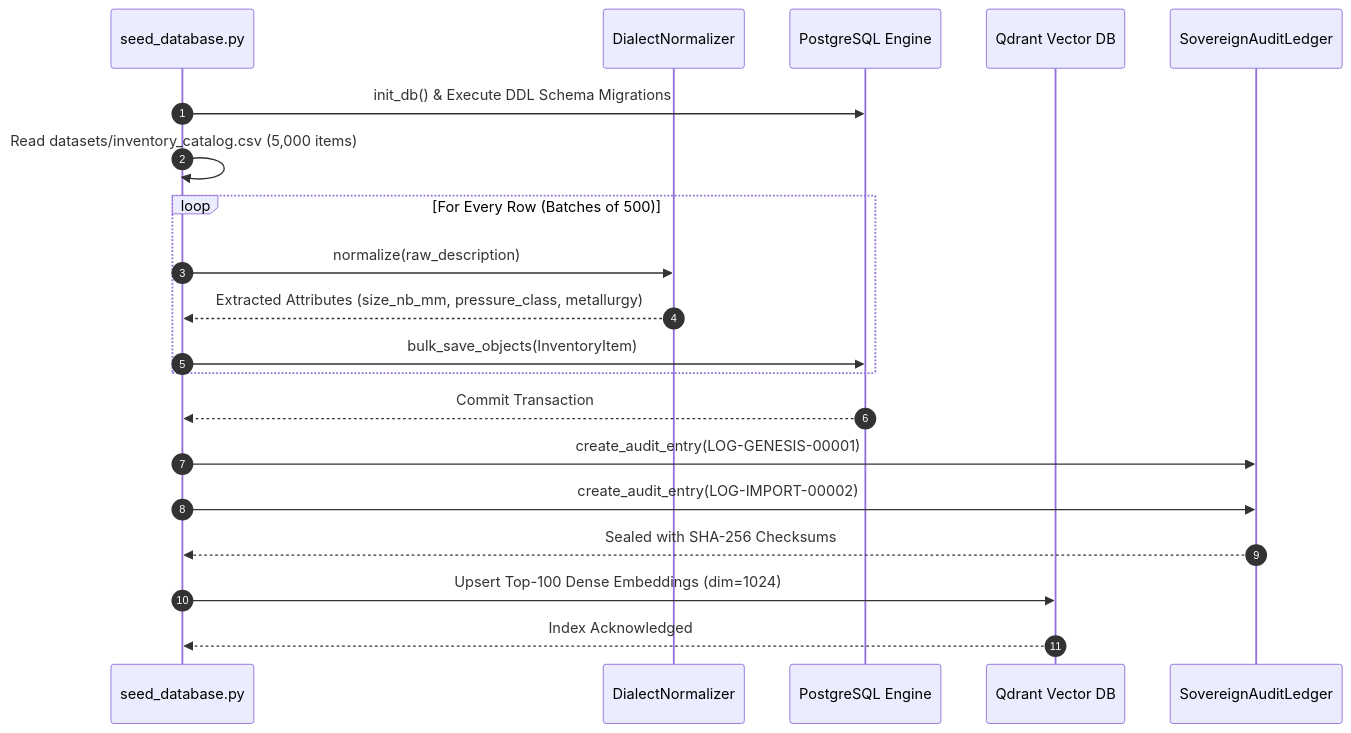
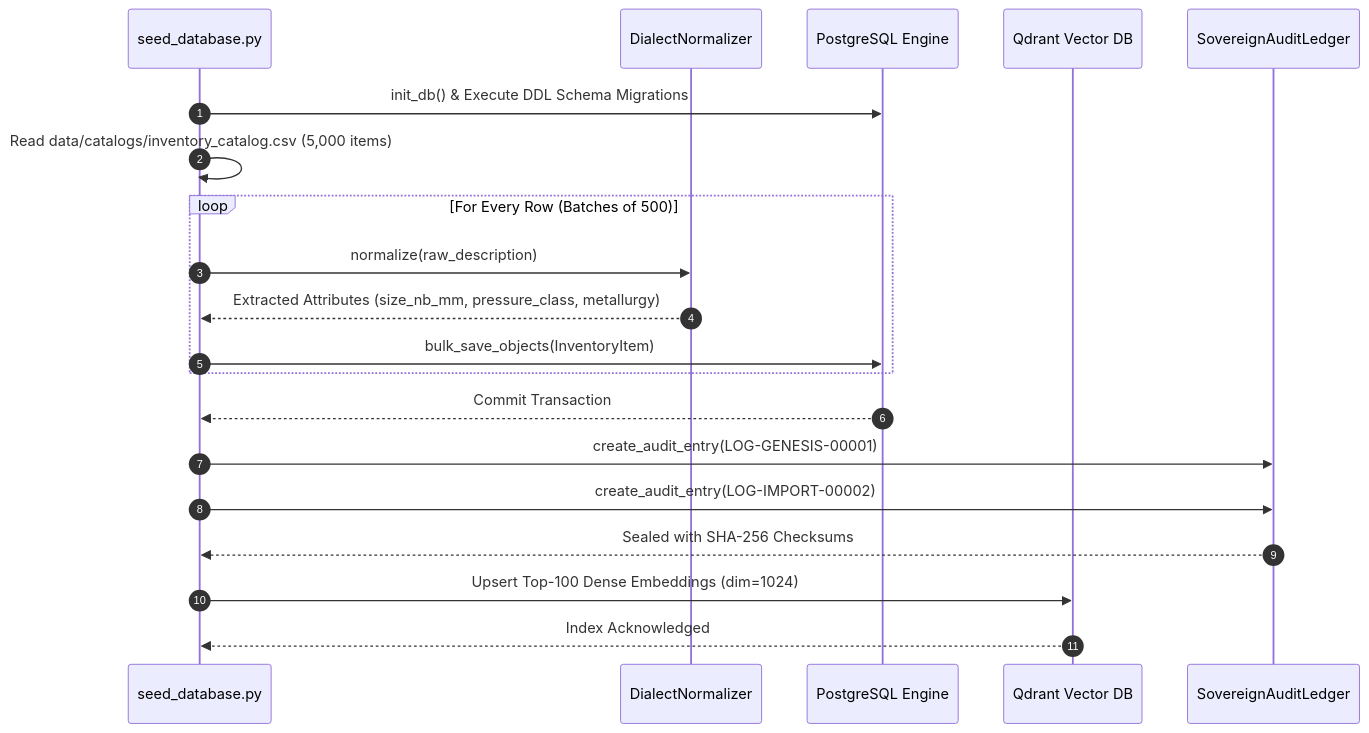
The second of 4 diagrams in scripts/README.md (Gesicht436/Samanvay-AI), drawn with Mermaid before and after one commit. The commit also changed other lines of this file and 39 other files, not shown here.

First line of the commit message:
refactor(data): consolidate datasets into data and standardize SCMS-27 canonical schema

````diff
--- a/scripts/README.md
+++ b/scripts/README.md
@@ -64,23 +64,23 @@
 ```mermaid
 sequenceDiagram
     autonumber
     participant Script as seed_database.py
     participant Normalizer as DialectNormalizer
     participant Postgres as PostgreSQL Engine
     participant Qdrant as Qdrant Vector DB
     participant Audit as SovereignAuditLedger
 
     Script->>Postgres: init_db() & Execute DDL Schema Migrations
-    Script->>Script: Read datasets/inventory_catalog.csv (5,000 items)
+    Script->>Script: Read data/catalogs/inventory_catalog.csv (5,000 items)
     loop For Every Row (Batches of 500)
         Script->>Normalizer: normalize(raw_description)
         Normalizer-->>Script: Extracted Attributes (size_nb_mm, pressure_class, metallurgy)
         Script->>Postgres: bulk_save_objects(InventoryItem)
     end
     Postgres-->>Script: Commit Transaction
     Script->>Audit: create_audit_entry(LOG-GENESIS-00001)
     Script->>Audit: create_audit_entry(LOG-IMPORT-00002)
     Audit-->>Script: Sealed with SHA-256 Checksums
     Script->>Qdrant: Upsert Top-100 Dense Embeddings (dim=1024)
     Qdrant-->>Script: Index Acknowledged
 ```
````
